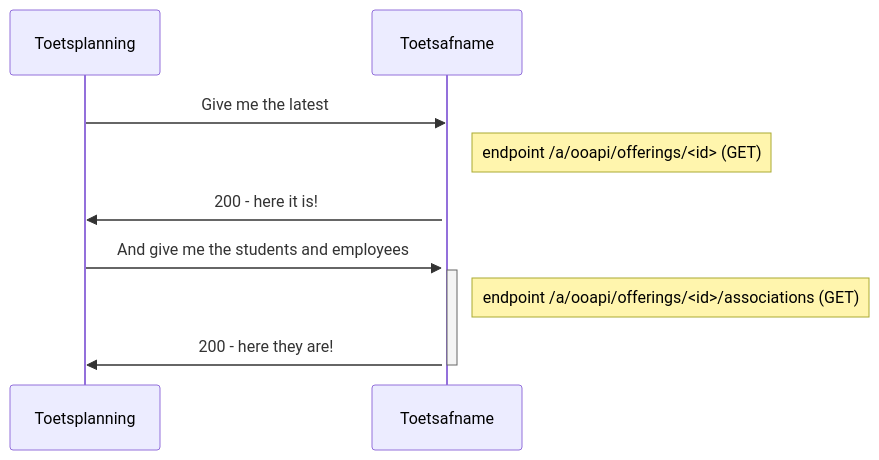
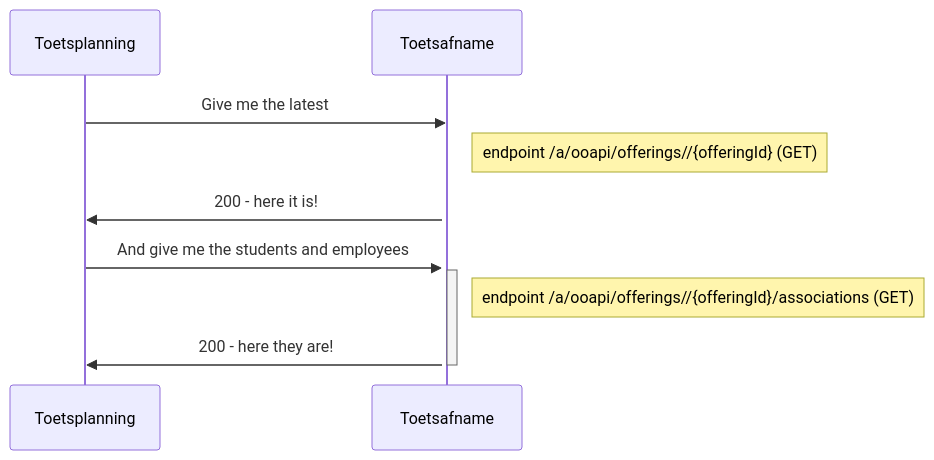
Before and after one commit to NetwerkExamineringDigitalisering/NED-OOAPI: the eighth of 8 diagrams in doc/flow2.md, drawn with Mermaid. The commit also changed other lines of this file, not shown here.

First line of the commit message:
Update flow2.md

````diff
--- a/doc/flow2.md
+++ b/doc/flow2.md
@@ -261,12 +261,12 @@
 ```mermaid
 sequenceDiagram
     Toetsplanning->>Toetsafname: Give me the latest
     activate Toetsafname
-    Note right of Toetsafname: endpoint /a/ooapi/offerings/<id> (GET)
+    Note right of Toetsafname: endpoint /a/ooapi/offerings//{offeringId} (GET)
     Toetsafname->>Toetsplanning: 200 - here it is!
     Toetsplanning->>Toetsafname: And give me the students and employees
     activate Toetsafname
-    Note right of Toetsafname: endpoint /a/ooapi/offerings/<id>/associations (GET)
+    Note right of Toetsafname: endpoint /a/ooapi/offerings//{offeringId}/associations (GET)
     Toetsafname->>Toetsplanning: 200 - here they are!
     deactivate Toetsafname
 ```
````
